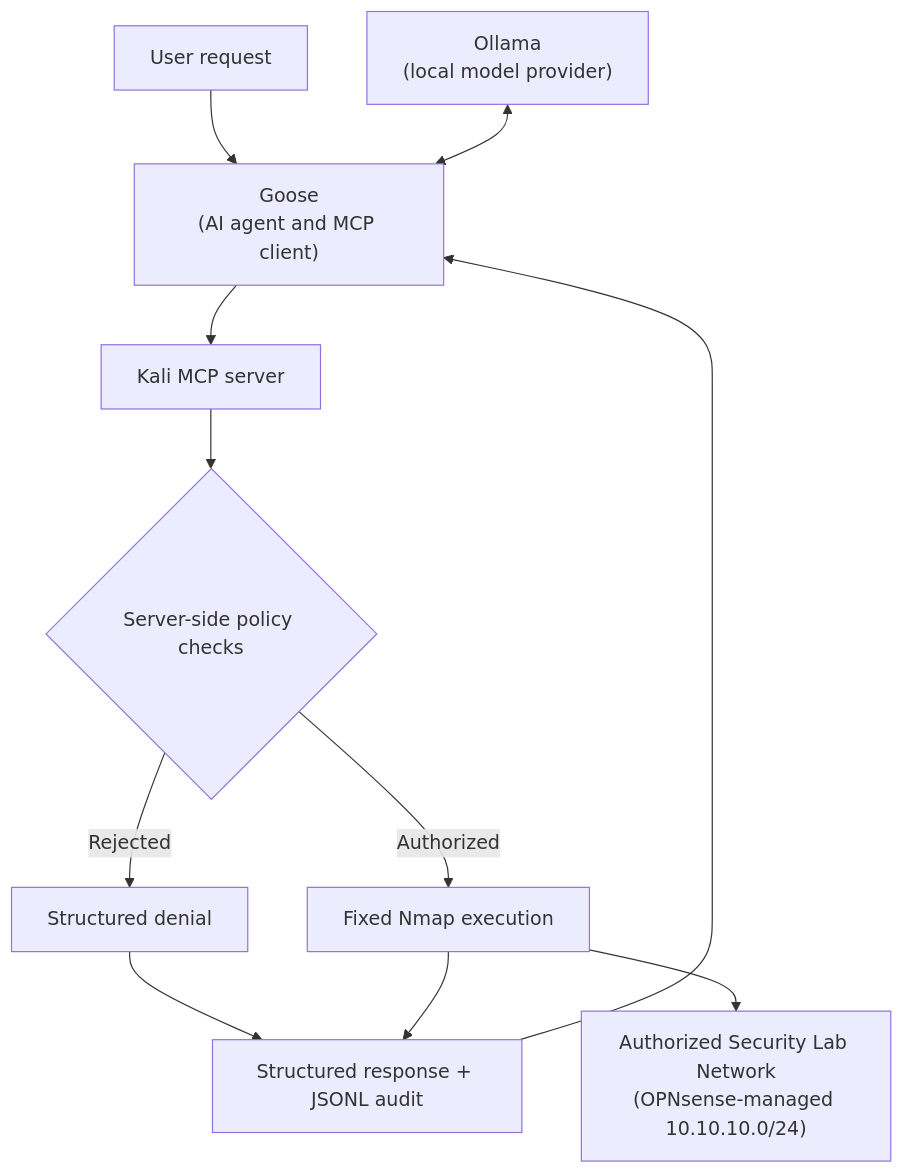
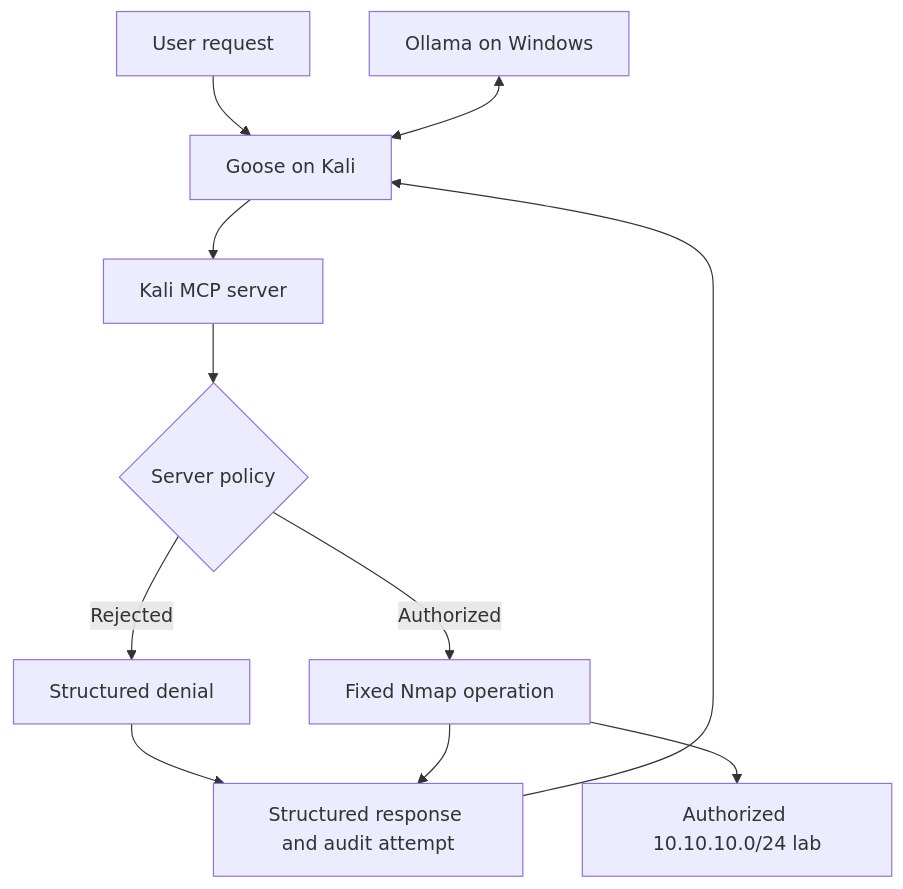
The first of 2 diagrams in docs/goose-ollama-integration.md (backyard-labs/kali-mcp-security-lab), drawn with Mermaid before and after one commit. The commit also changed other lines of this file, not shown here.

Commit message:
docs: add Goose and Ollama MCP integration guide

````diff
--- a/docs/goose-ollama-integration.md
+++ b/docs/goose-ollama-integration.md
@@ -11,13 +51,13 @@
 ```mermaid
 flowchart TD
-    A["User request"] --> B["Goose<br/>(AI agent and MCP client)"]
-    C["Ollama<br/>(local model provider)"] <--> B
+    A["User request"] --> B["Goose on Kali"]
+    C["Ollama on Windows"] <--> B
     B --> D["Kali MCP server"]
-    D --> E{"Server-side policy checks"}
+    D --> E{"Server policy"}
     E -->|Rejected| F["Structured denial"]
-    E -->|Authorized| G["Fixed Nmap execution"]
-    G --> H["Authorized Security Lab Network<br/>(OPNsense-managed 10.10.10.0/24)"]
-    F --> I["Structured response + JSONL audit"]
+    E -->|Authorized| G["Fixed Nmap operation"]
+    G --> H["Authorized 10.10.10.0/24 lab"]
+    F --> I["Structured response and audit attempt"]
     G --> I
     I --> B
 ```
````
